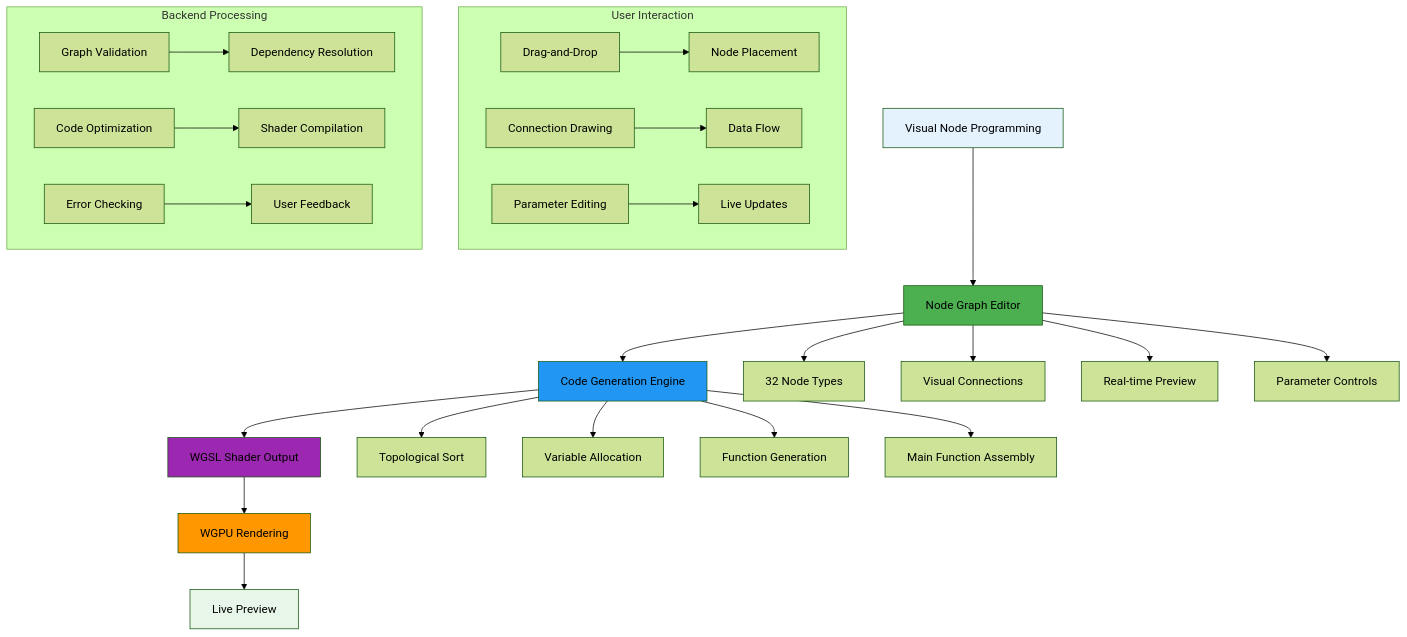
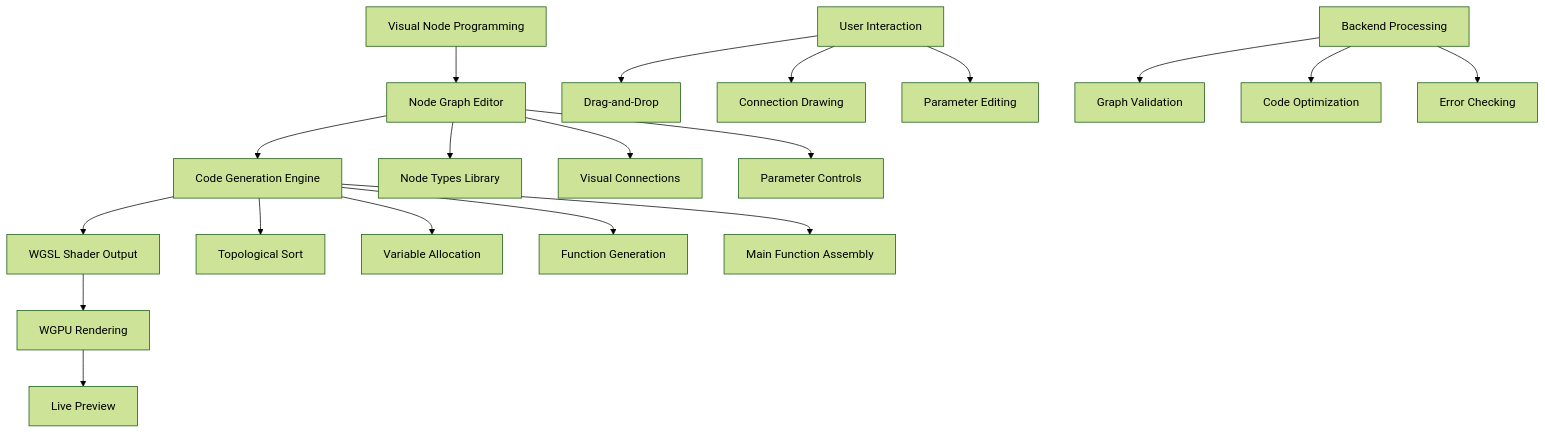
Before and after one commit to compiling-org/WGSL-Shader-Studio: the second of 14 diagrams in docs/NODE_BASED_SYSTEM_ARCHITECTURE.md, drawn with Mermaid (forest theme). The commit also changed other lines of this file and 37 other files, not shown here.

Commit message:
docs: reality-aligned content updates; diagrams unchanged; roadmap fix; systems reference wiring; PRD narrative adjusted; tech-arch reference note

````diff
--- a/docs/NODE_BASED_SYSTEM_ARCHITECTURE.md
+++ b/docs/NODE_BASED_SYSTEM_ARCHITECTURE.md
@@ -49,37 +44,21 @@
 ```mermaid
-graph TD
+flowchart TD
     A[Visual Node Programming] --> B[Node Graph Editor]
     B --> C[Code Generation Engine]
     C --> D[WGSL Shader Output]
     D --> E[WGPU Rendering]
     E --> F[Live Preview]
-    
-    B --> G[32 Node Types]
+    B --> G[Node Types Library]
     B --> H[Visual Connections]
-    B --> I[Real-time Preview]
     B --> J[Parameter Controls]
-    
     C --> K[Topological Sort]
     C --> L[Variable Allocation]
     C --> M[Function Generation]
     C --> N[Main Function Assembly]
-    
-    subgraph "User Interaction"
-        O[Drag-and-Drop] --> P[Node Placement]
-        Q[Connection Drawing] --> R[Data Flow]
-        S[Parameter Editing] --> T[Live Updates]
-    end
-    
-    subgraph "Backend Processing"
-        U[Graph Validation] --> V[Dependency Resolution]
-        W[Code Optimization] --> X[Shader Compilation]
-        Y[Error Checking] --> Z[User Feedback]
-    end
-    
-    style A fill:#e3f2fd
-    style B fill:#4caf50
-    style C fill:#2196f3
-    style D fill:#9c27b0
-    style E fill:#ff9800
-    style F fill:#e8f5e9
+    UI[User Interaction] --> O[Drag-and-Drop]
+    UI --> Q[Connection Drawing]
+    UI --> S[Parameter Editing]
+    Backend[Backend Processing] --> U[Graph Validation]
+    Backend --> W[Code Optimization]
+    Backend --> Y[Error Checking]
 ```
````
